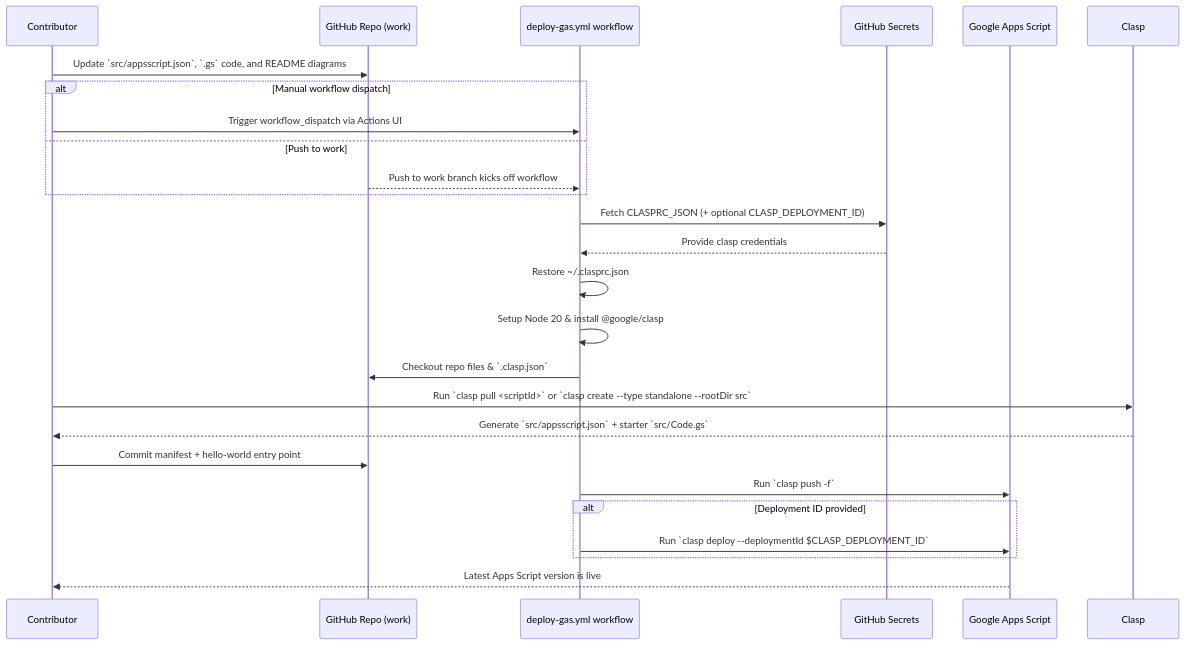
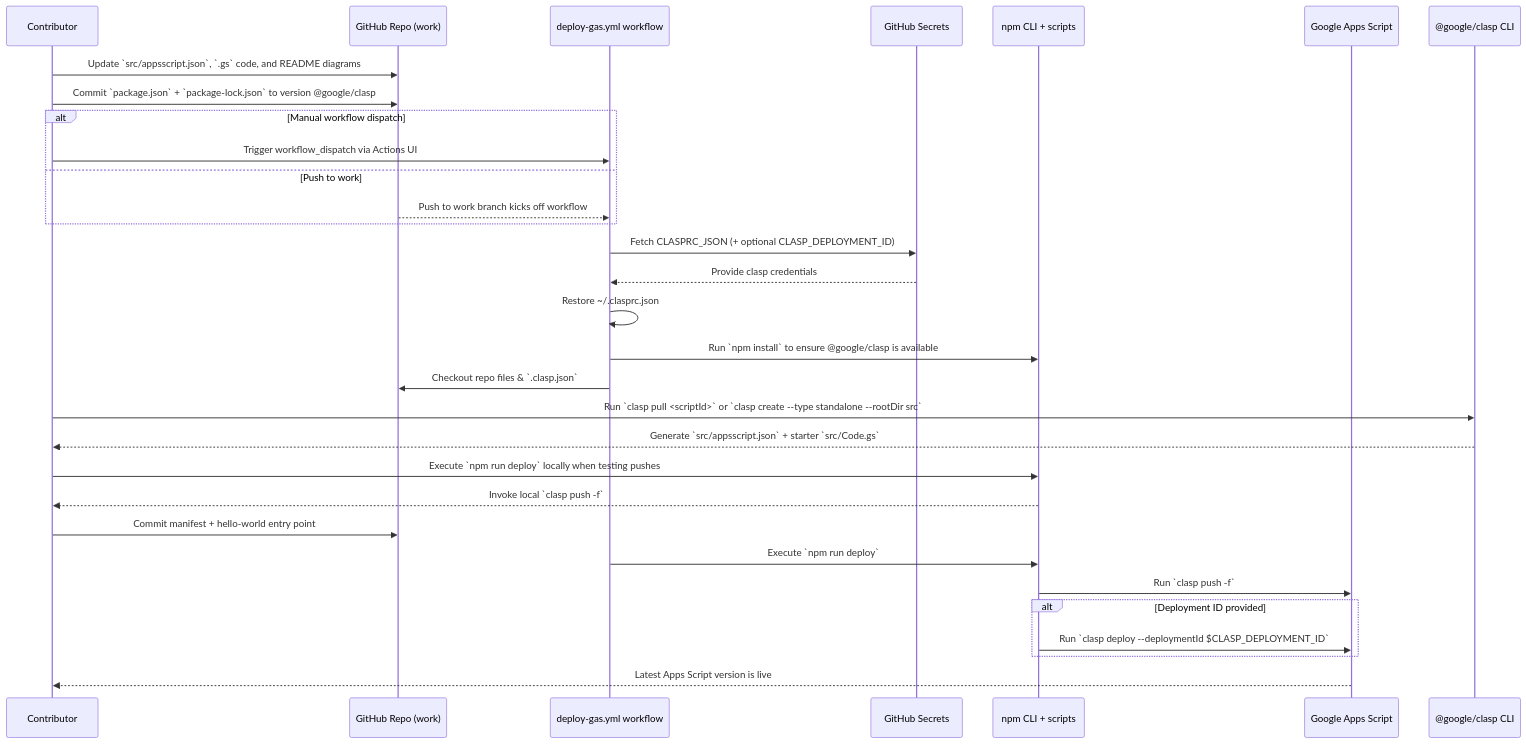
One commit to muyueh/test-clasp changed the third of 5 diagrams in README.md. Above: the diagram before and after it, drawn with Mermaid. The commit also changed other lines of this file and 3 other files, not shown here.

Commit message:
feat: add npm-based clasp helper

````diff
--- a/README.md
+++ b/README.md
@@ -47,27 +57,33 @@
 ```mermaid
 sequenceDiagram
     participant Dev as Contributor
     participant Repo as GitHub Repo (work)
     participant CI as deploy-gas.yml workflow
     participant Secrets as GitHub Secrets
+    participant npm as npm CLI + scripts
     participant GAS as Google Apps Script
+    participant Clasp as @google/clasp CLI
     Dev->>Repo: Update `src/appsscript.json`, `.gs` code, and README diagrams
+    Dev->>Repo: Commit `package.json` + `package-lock.json` to version @google/clasp
     alt Manual workflow dispatch
         Dev->>CI: Trigger workflow_dispatch via Actions UI
     else Push to work
         Repo-->>CI: Push to work branch kicks off workflow
     end
     CI->>Secrets: Fetch CLASPRC_JSON (+ optional CLASP_DEPLOYMENT_ID)
     Secrets-->>CI: Provide clasp credentials
     CI->>CI: Restore ~/.clasprc.json
-    CI->>CI: Setup Node 20 & install @google/clasp
+    CI->>npm: Run `npm install` to ensure @google/clasp is available
     CI->>Repo: Checkout repo files & `.clasp.json`
     Dev->>Clasp: Run `clasp pull <scriptId>` or `clasp create --type standalone --rootDir src`
     Clasp-->>Dev: Generate `src/appsscript.json` + starter `src/Code.gs`
+    Dev->>npm: Execute `npm run deploy` locally when testing pushes
+    npm-->>Dev: Invoke local `clasp push -f`
     Dev->>Repo: Commit manifest + hello-world entry point
-    CI->>GAS: Run `clasp push -f`
+    CI->>npm: Execute `npm run deploy`
+    npm->>GAS: Run `clasp push -f`
     alt Deployment ID provided
-        CI->>GAS: Run `clasp deploy --deploymentId $CLASP_DEPLOYMENT_ID`
+        npm->>GAS: Run `clasp deploy --deploymentId $CLASP_DEPLOYMENT_ID`
     end
     GAS-->>Dev: Latest Apps Script version is live
 ```
````
